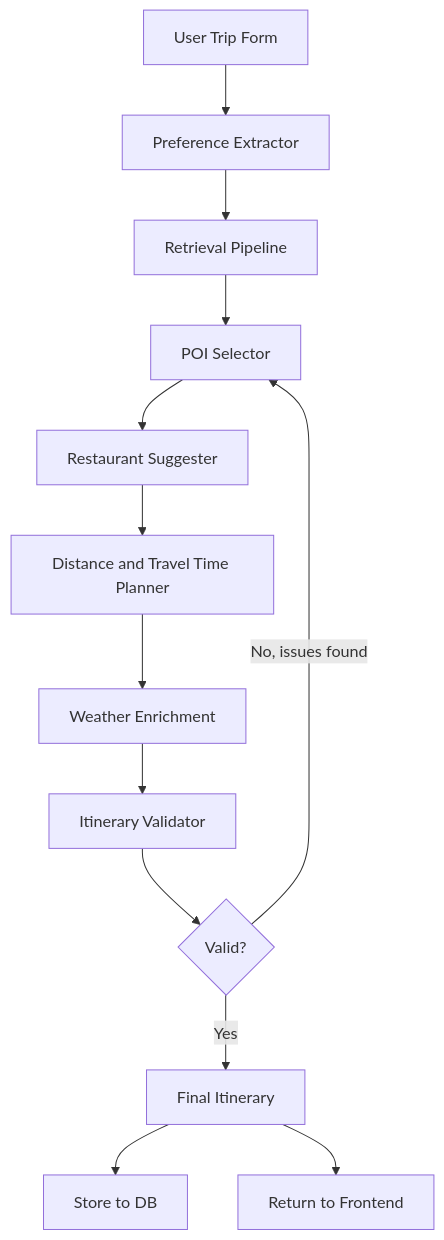
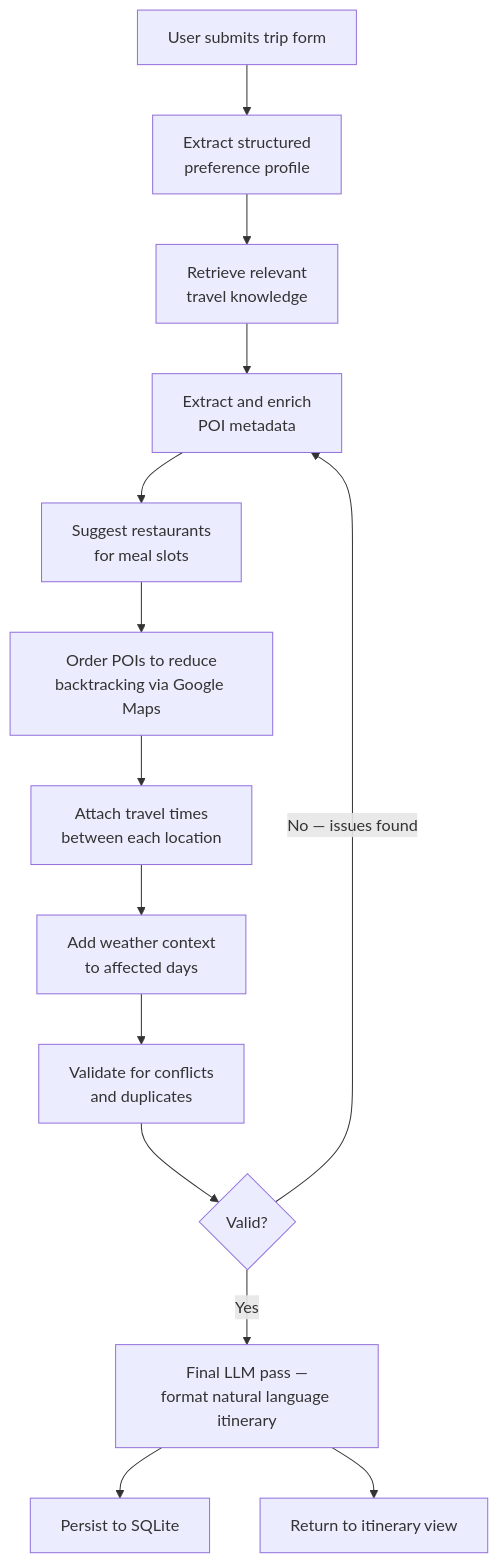
One commit to aimeano/Ai-tinerary changed the third of 3 diagrams in README.md. Above: the diagram before and after it, drawn with Mermaid. The commit also changed other lines of this file, not shown here.

````diff
--- a/README.md
+++ b/README.md
@@ -174,15 +211,16 @@
 ```mermaid
 flowchart TD
-    A[User Trip Form] --> B[Preference Extractor]
-    B --> C[Retrieval Pipeline]
-    C --> D[POI Selector]
-    D --> E[Restaurant Suggester]
-    E --> F[Distance and Travel Time Planner]
-    F --> G[Weather Enrichment]
-    G --> H[Itinerary Validator]
-    H --> I{Valid?}
-    I -->|Yes| J[Final Itinerary]
-    I -->|No, issues found| D
-    J --> K[Store to DB]
-    J --> L[Return to Frontend]
+    A[User submits trip form] --> B[Extract structured\npreference profile]
+    B --> C[Retrieve relevant\ntravel knowledge]
+    C --> D[Extract and enrich\nPOI metadata]
+    D --> E[Suggest restaurants\nfor meal slots]
+    E --> F[Order POIs to reduce\nbacktracking via Google Maps]
+    F --> G[Attach travel times\nbetween each location]
+    G --> H[Add weather context\nto affected days]
+    H --> I[Validate for conflicts\nand duplicates]
+    I --> J{Valid?}
+    J -->|Yes| K[Final LLM pass —\nformat natural language itinerary]
+    J -->|No — issues found| D
+    K --> L[Persist to SQLite]
+    K --> M[Return to itinerary view]
 ```
````
